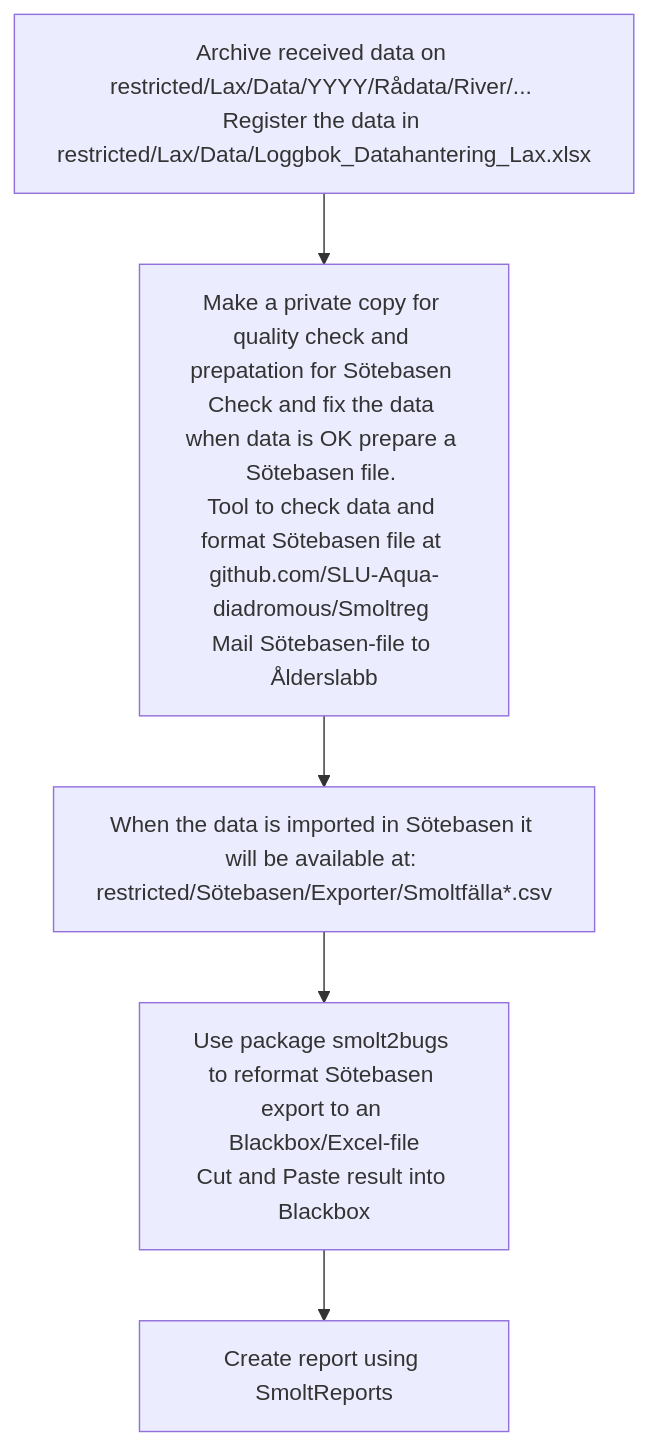
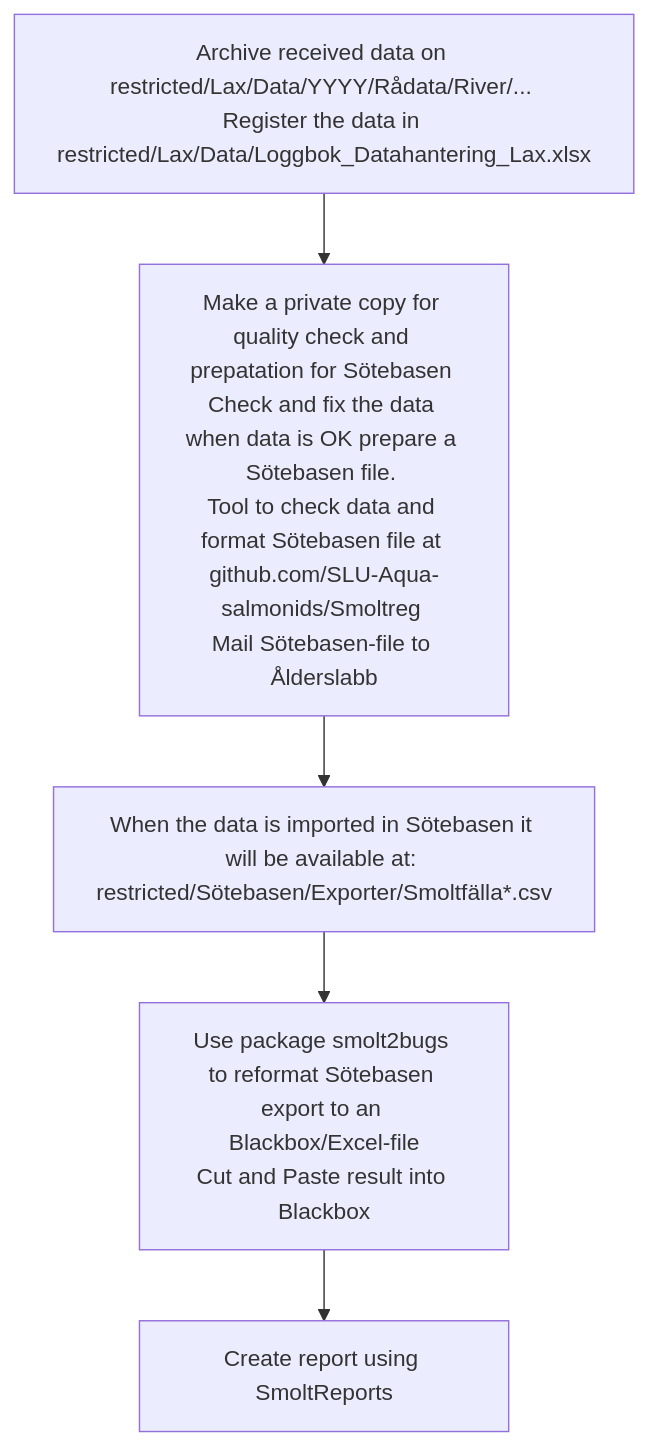
The first of 2 diagrams in vignettes/Smoltreg.qmd (SLU-Aqua-salmonids/Smoltreg), drawn with Mermaid before and after one commit. The commit also changed other lines of this file and 1 other file, not shown here.

````diff
--- a/vignettes/Smoltreg.qmd
+++ b/vignettes/Smoltreg.qmd
@@ -28,16 +28,16 @@
 ```{mermaid}
 %%| fig-width: 7
 %%| fig-cap: Overview of workflow for smolt traps data collection
 %%| fig-alt: Workflow diagram
 %%| label: fig-workflow
 flowchart TD
   A[Archive received data on restricted/Lax/Data/YYYY/Rådata/River/... \nRegister the data in restricted/Lax/Data/Loggbok_Datahantering_Lax.xlsx]
-  B[Make a private copy for quality check and prepatation for Sötebasen \nCheck and fix the data when data is OK prepare a Sötebasen file. \nTool to check data and format Sötebasen file at github.com/SLU-Aqua-diadromous/Smoltreg \nMail Sötebasen-file to Ålderslabb]
+  B[Make a private copy for quality check and prepatation for Sötebasen \nCheck and fix the data when data is OK prepare a Sötebasen file. \nTool to check data and format Sötebasen file at github.com/SLU-Aqua-salmonids/Smoltreg \nMail Sötebasen-file to Ålderslabb]
   C[When the data is imported in Sötebasen it will be available at: \nrestricted/Sötebasen/Exporter/Smoltfälla*.csv]
   D[Use package smolt2bugs to reformat Sötebasen export to an Blackbox/Excel-file\nCut and Paste result into Blackbox]
   E[Create report using SmoltReports]
   A --> B
   B --> C
   C --> D
   D --> E
 ```
````
